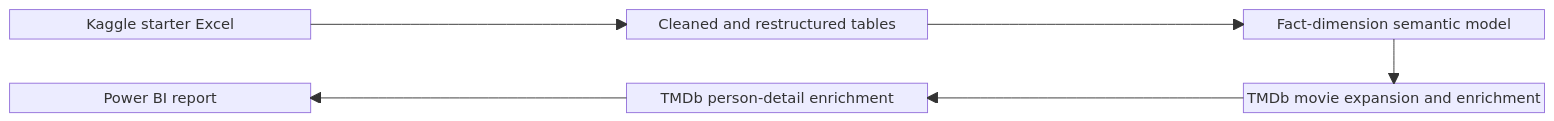
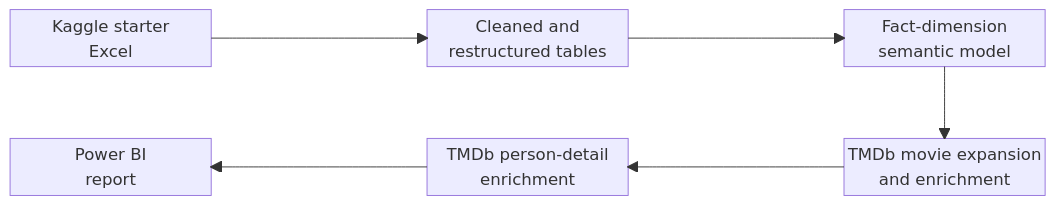
Before and after one commit to jun01ee/movie-dashboard: the diagram in README.md, drawn with Mermaid. The commit also changed other lines of this file, not shown here.

Commit message:
Update README for clarity and formatting improvements

````diff
--- a/README.md
+++ b/README.md
@@ -57,13 +57,16 @@
 ```mermaid
 block-beta
-    columns 5
-    A["Kaggle starter Excel"] space B["Cleaned and restructured tables"] space C["Fact-dimension semantic model"]
-    space space space space space
-    F["Power BI report"] space E["TMDb person-detail enrichment"] space D["TMDb movie expansion and enrichment"]
+    columns 7
+    space A["Kaggle starter<br/>Excel"] space B["Cleaned and<br/>restructured tables"] space C["Fact-dimension<br/>semantic model"] space
+    space space space space space space space
+    space F["Power BI<br/>report"] space E["TMDb person-detail<br/>enrichment"] space D["TMDb movie expansion<br/>and enrichment"] space
 
     A --> B
     B --> C
     C --> D
     D --> E
     E --> F
+
+    classDef phase font-size:18px
+    class A,B,C,D,E,F phase
 ```
````
